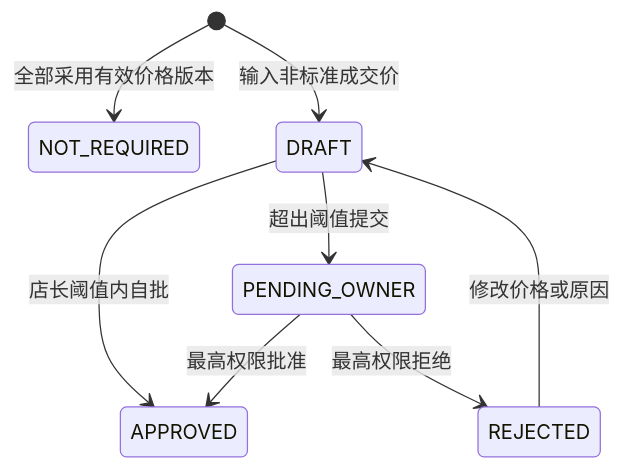
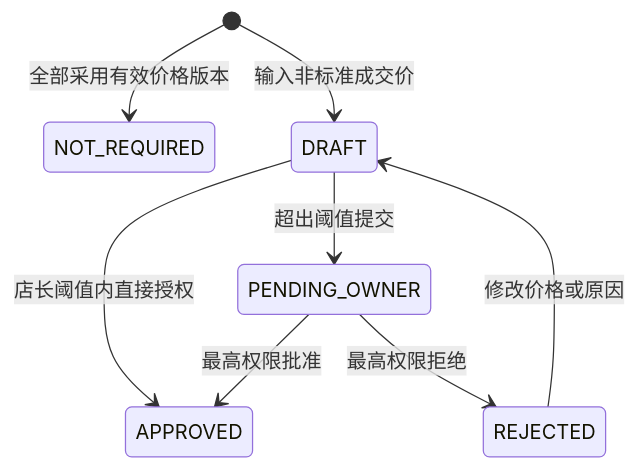
The third of 5 diagrams in docs/v1-state-machines-and-acceptance-cases.md (JesstLe/erp), drawn with Mermaid before and after one commit. The commit also changed other lines of this file and 28 other files, not shown here.

````diff
--- a/docs/v1-state-machines-and-acceptance-cases.md
+++ b/docs/v1-state-machines-and-acceptance-cases.md
@@ -155,10 +155,10 @@
 ```mermaid
 stateDiagram-v2
     [*] --> NOT_REQUIRED: 全部采用有效价格版本
     [*] --> DRAFT: 输入非标准成交价
-    DRAFT --> APPROVED: 店长阈值内自批
+    DRAFT --> APPROVED: 店长阈值内直接授权
     DRAFT --> PENDING_OWNER: 超出阈值提交
     PENDING_OWNER --> APPROVED: 最高权限批准
     PENDING_OWNER --> REJECTED: 最高权限拒绝
     REJECTED --> DRAFT: 修改价格或原因
 ```
````
